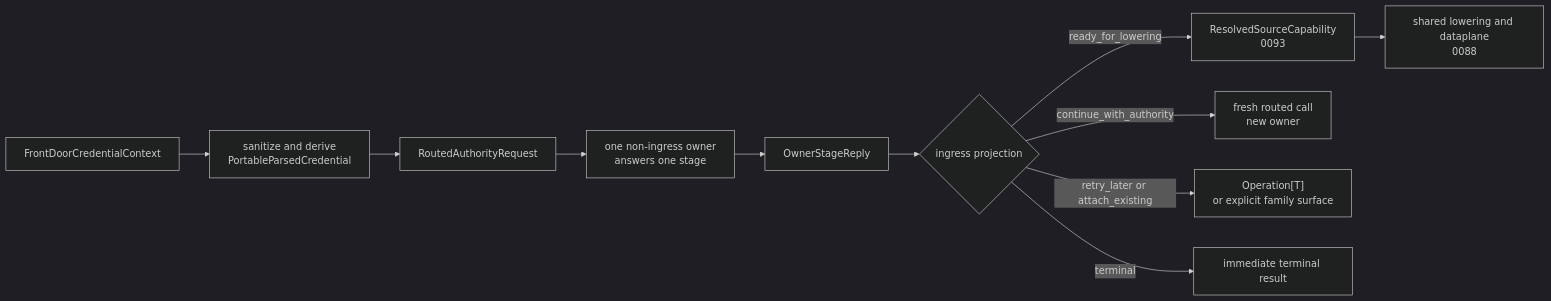
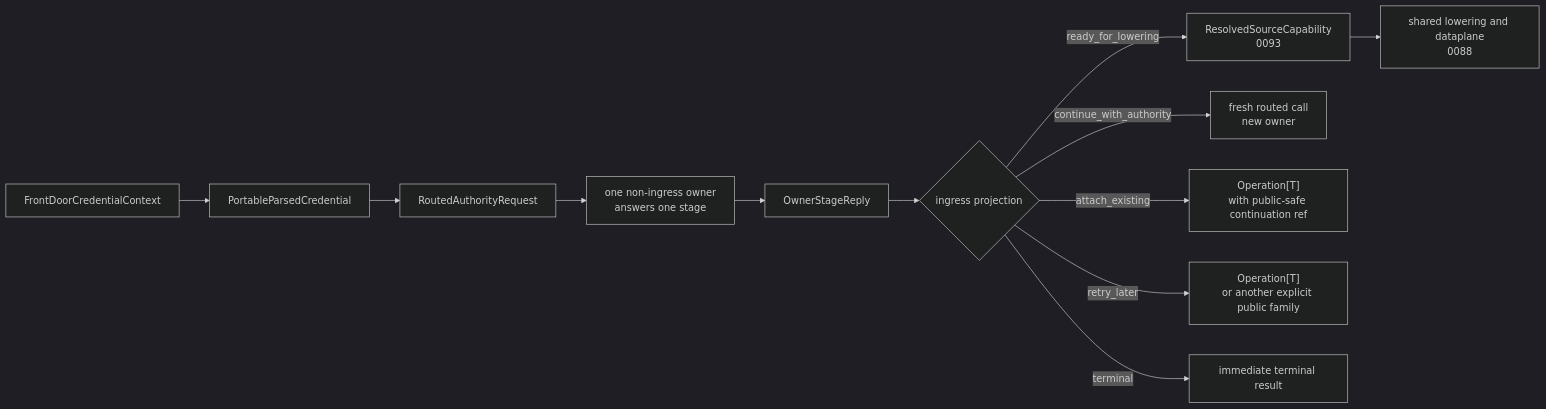
Before and after one commit to tensorcast-ai/tensorcast: the diagram in docs/designs/0100-distributed-authority-handoff-security-and-public-surfaces.md, drawn with Mermaid (dark theme). The commit also changed other lines of this file and 12 other files, not shown here.

````diff
--- a/docs/designs/0100-distributed-authority-handoff-security-and-public-surfaces.md
+++ b/docs/designs/0100-distributed-authority-handoff-security-and-public-surfaces.md
@@ -183,13 +167,14 @@
 ```mermaid
 flowchart LR
-  A["FrontDoorCredentialContext"] --> B["sanitize and derive<br>PortableParsedCredential"]
+  A["FrontDoorCredentialContext"] --> B["PortableParsedCredential"]
   B --> C["RoutedAuthorityRequest"]
   C --> D["one non-ingress owner<br>answers one stage"]
   D --> E["OwnerStageReply"]
   E --> F{"ingress projection"}
   F -- "ready_for_lowering" --> G["ResolvedSourceCapability<br>0093"]
   G --> H["shared lowering and dataplane<br>0088"]
   F -- "continue_with_authority" --> I["fresh routed call<br>new owner"]
-  F -- "retry_later or attach_existing" --> J["Operation[T]<br>or explicit family surface"]
-  F -- "terminal" --> K["immediate terminal result"]
+  F -- "attach_existing" --> J["Operation[T]<br>with public-safe continuation ref"]
+  F -- "retry_later" --> K["Operation[T]<br>or another explicit public family"]
+  F -- "terminal" --> L["immediate terminal result"]
 ```
````
